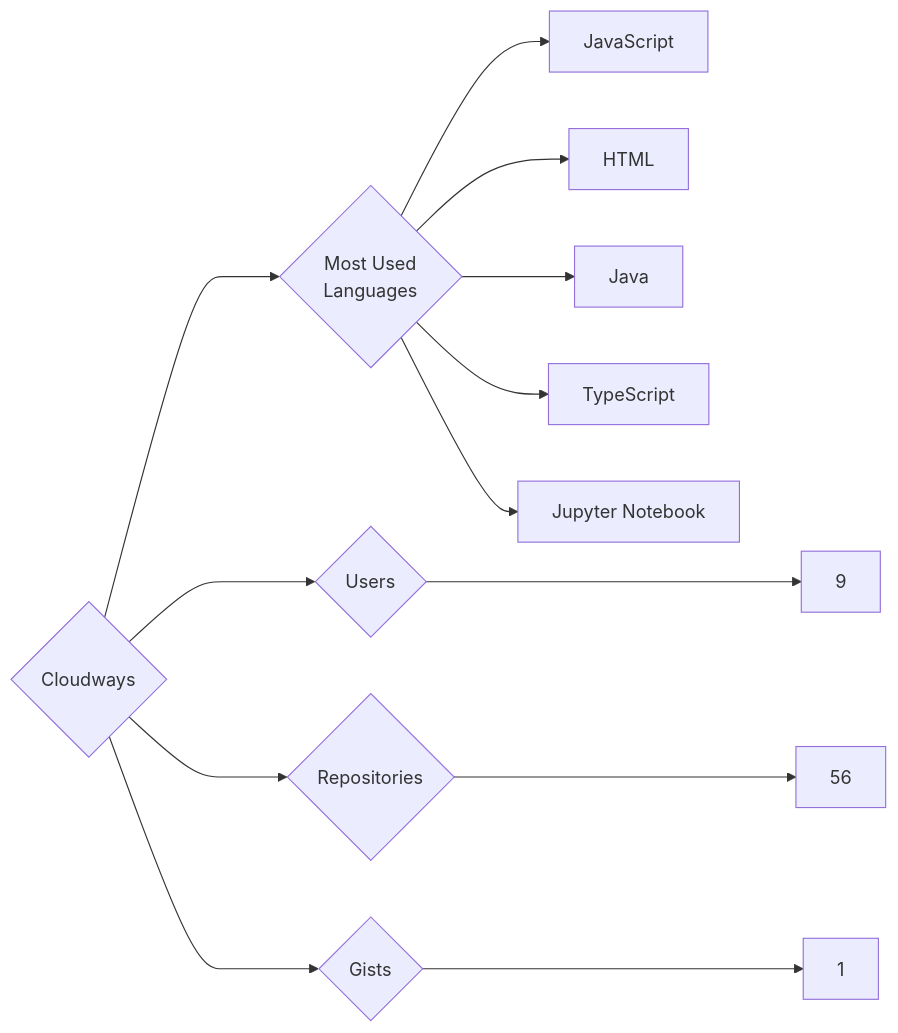
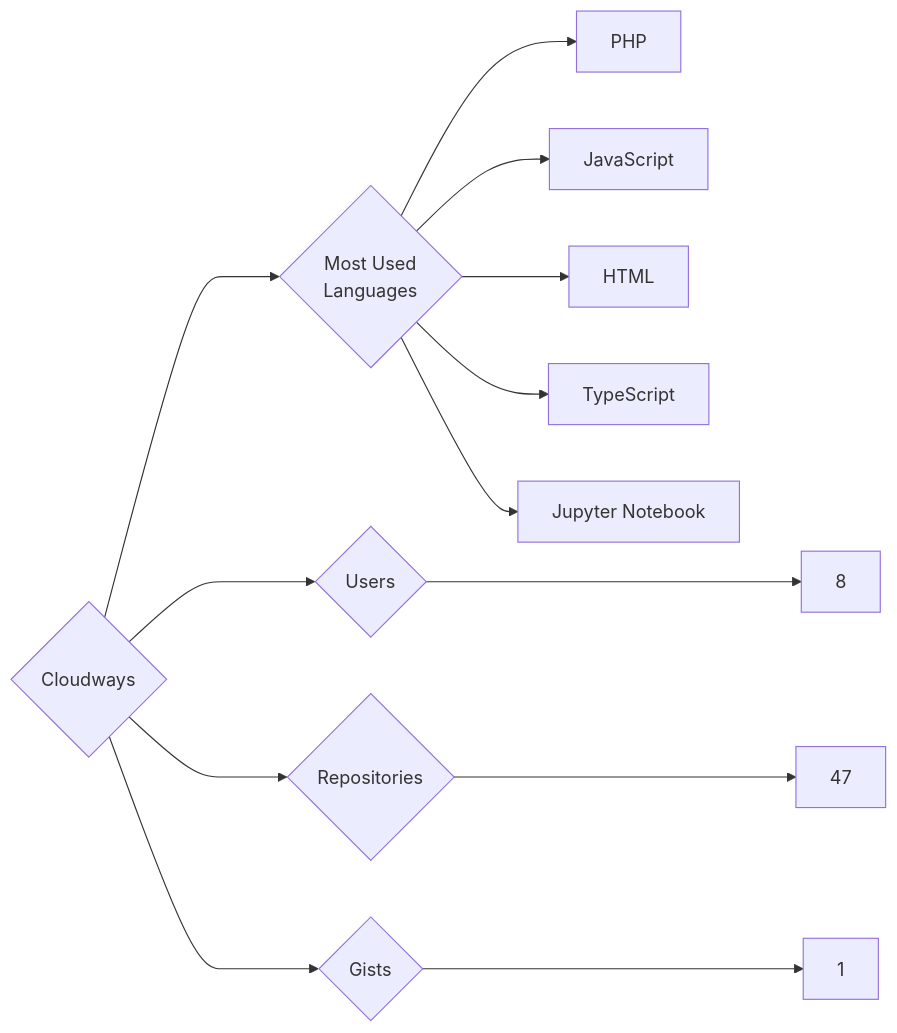
The diagram in targets/Cloudways/README.md (trickest/insiders), drawn with Mermaid before and after one commit. The commit also changed 965 other files, not shown here.

````diff
--- a/targets/Cloudways/README.md
+++ b/targets/Cloudways/README.md
@@ -3,13 +3,13 @@
 ```mermaid
 graph LR
 COMPANY_NAME{Cloudways}
-COMPANY_NAME ---> U{Users} ---> UN[9]
-COMPANY_NAME ---> R{Repositories} ---> RN[56]
+COMPANY_NAME ---> U{Users} ---> UN[8]
+COMPANY_NAME ---> R{Repositories} ---> RN[47]
 COMPANY_NAME ---> G{Gists} ---> GN[1]
 COMPANY_NAME ---> ML{Most Used<br>Languages}
+ML --> PHP[PHP]
 ML --> JavaScript[JavaScript]
 ML --> HTML[HTML]
-ML --> Java[Java]
 ML --> TypeScript[TypeScript]
 ML --> Jupyter_Notebook[Jupyter Notebook]
 ```
````
